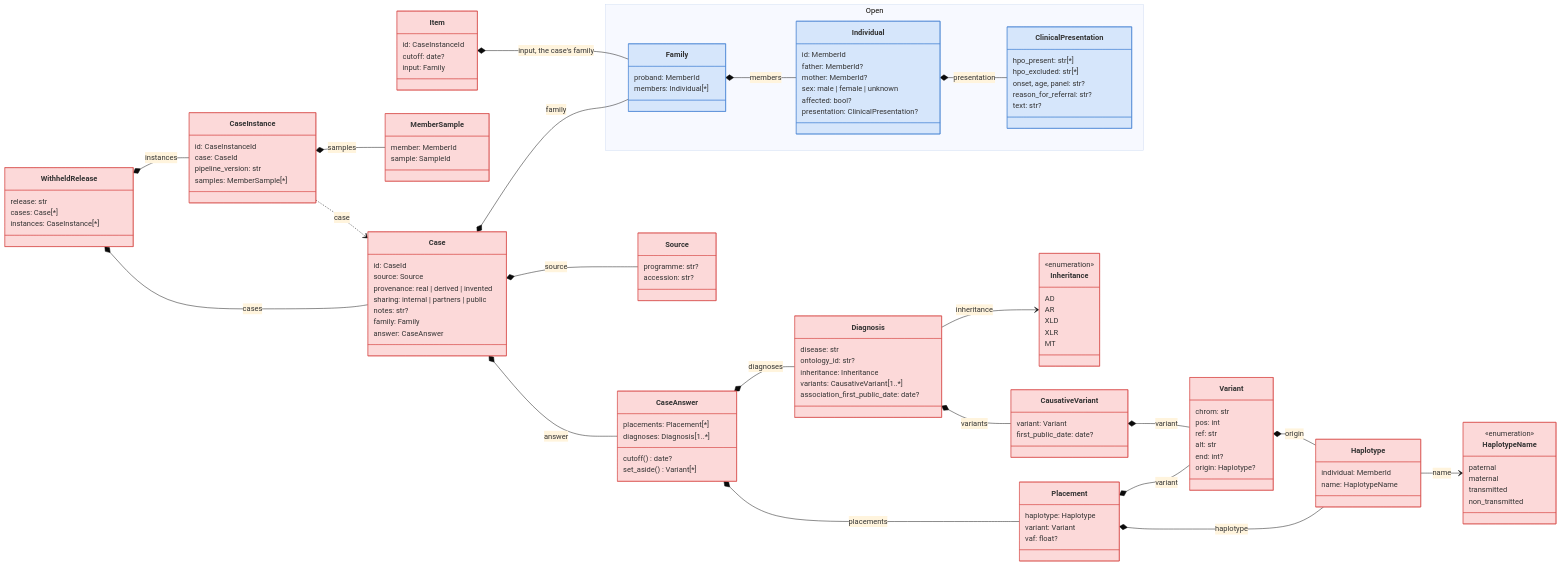
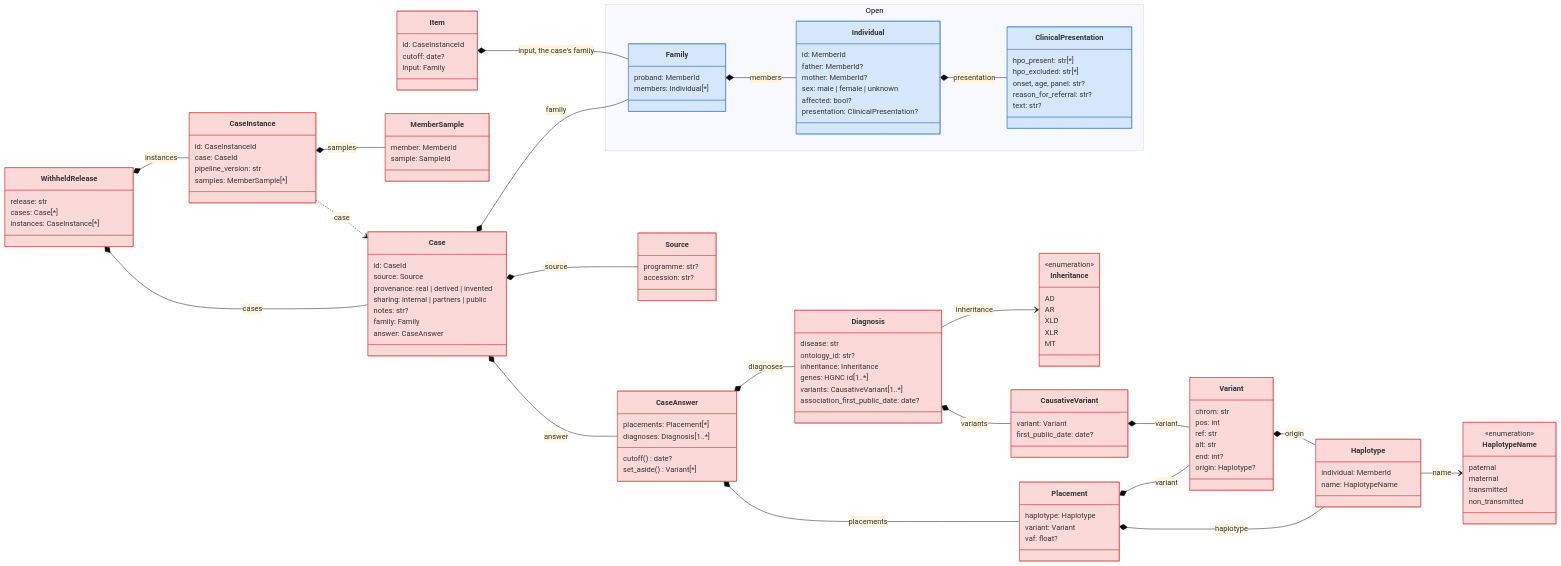
One commit to populationgenomics/rare-disease-benchmark changed the first of 4 diagrams in docs/schema.md. Above: the diagram before and after it, drawn with Mermaid (base theme). The commit also changed other lines of this file and 4 other files, not shown here.

First line of the commit message:
schema: name the genes of each diagnosis by HGNC id

```diff
--- a/docs/schema.md
+++ b/docs/schema.md
@@ -74,6 +74,7 @@
         disease: str
         ontology_id: str?
         inheritance: Inheritance
+        genes: HGNC id[1..*]
         variants: CausativeVariant[1..*]
         association_first_public_date: date?
     }
```
